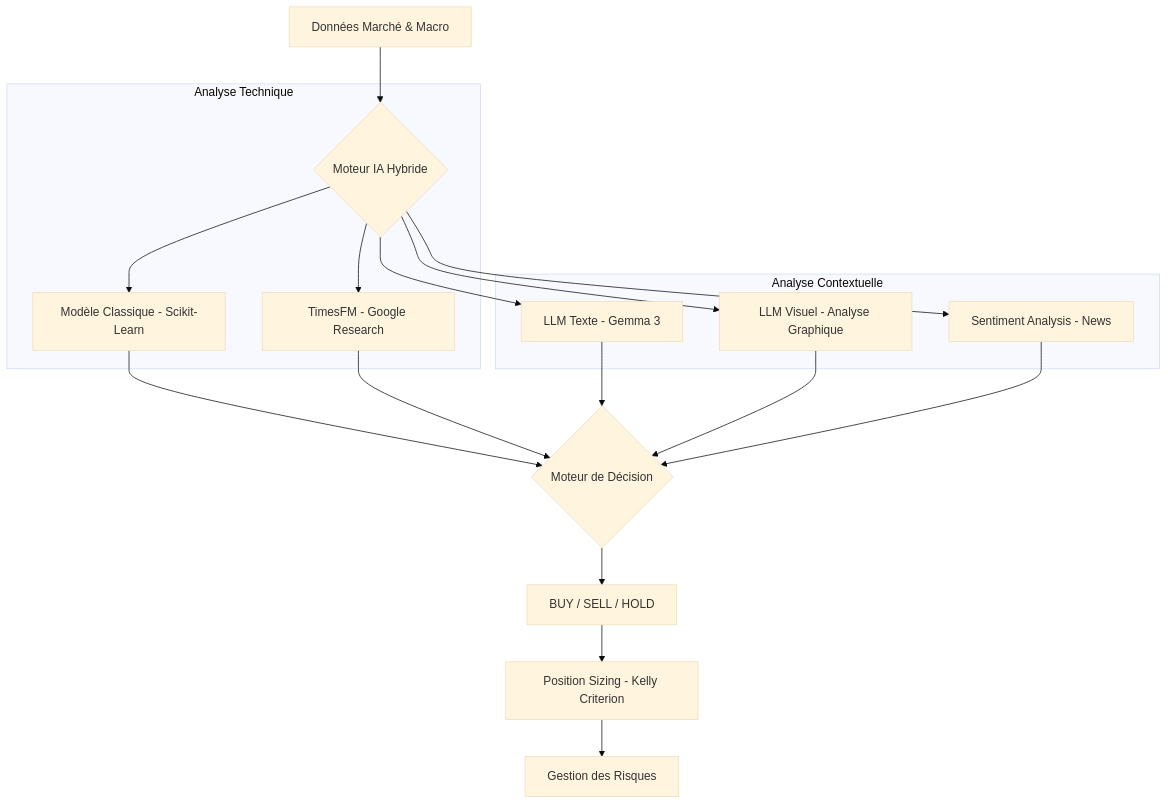
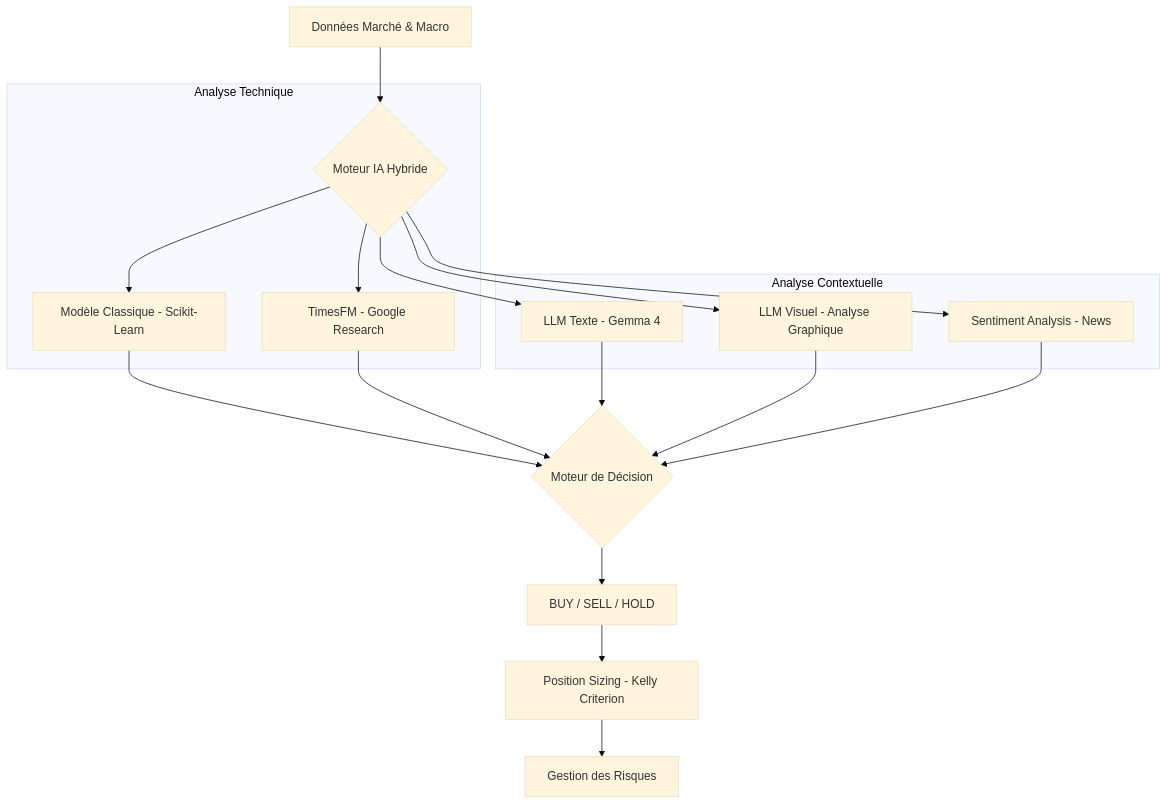
Before and after one commit to laurentvv/Trading-AI: the diagram in SYSTEM_SUMMARY.md, drawn with Mermaid (base theme). The commit also changed other lines of this file and 41 other files, not shown here.

````diff
--- a/SYSTEM_SUMMARY.md
+++ b/SYSTEM_SUMMARY.md
@@ -9,21 +9,21 @@
 ```mermaid
 graph TD
     A[Données Marché & Macro] --> B{Moteur IA Hybride}
     
     subgraph "Analyse Technique"
     B --> C[Modèle Classique - Scikit-Learn]
     B --> D[TimesFM - Google Research]
     end
     
     subgraph "Analyse Contextuelle"
-    B --> E[LLM Texte - Gemma 3]
+    B --> E[LLM Texte - Gemma 4]
     B --> F[LLM Visuel - Analyse Graphique]
     B --> G[Sentiment Analysis - News]
     end
     
     C & D & E & F & G --> H{Moteur de Décision}
     
     H --> I[BUY / SELL / HOLD]
     I --> J[Position Sizing - Kelly Criterion]
     J --> K[Gestion des Risques]
 ```
````
